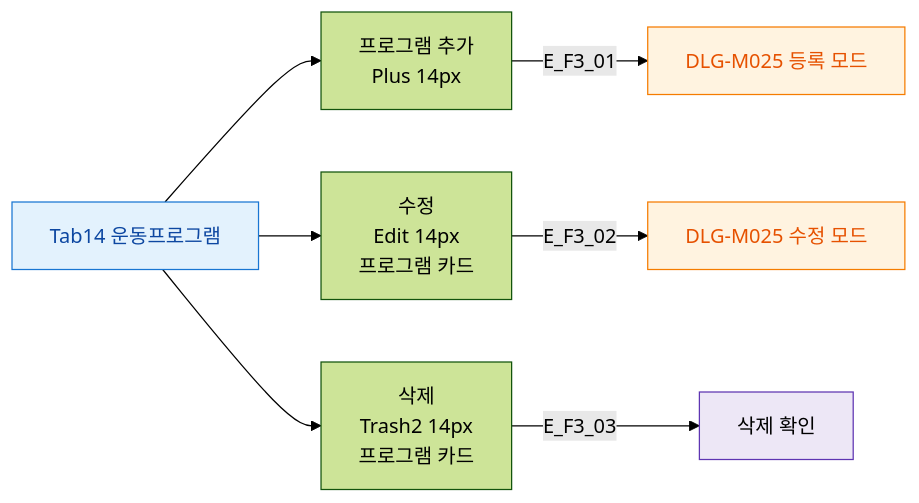
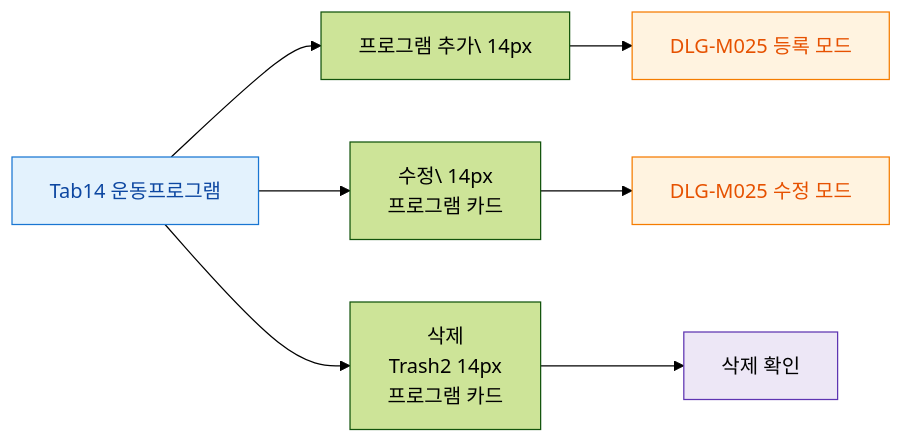
Before and after one commit to dev-spogym/admin-pando: the diagram in docs/다이어그램/D02_회원관리/SCR-M004_회원상세/Tab14_운동프로그램/F3_버튼액션.md, drawn with Mermaid (forest theme). The commit also changed other lines of this file and 1660 other files, not shown here.

First line of the commit message:
다이어그램: 기획자/클라이언트 납품본으로 정리

````diff
--- a/docs/다이어그램/D02_회원관리/SCR-M004_회원상세/Tab14_운동프로그램/F3_버튼액션.md
+++ b/docs/다이어그램/D02_회원관리/SCR-M004_회원상세/Tab14_운동프로그램/F3_버튼액션.md
@@ -22,17 +20,17 @@
 ```mermaid
 flowchart LR
-  TAB[Tab14 운동프로그램] --> B1[프로그램 추가\nPlus 14px]
-  TAB --> B2[수정\nEdit 14px\n프로그램 카드]
+  TAB[Tab14 운동프로그램] --> B1[프로그램 추가\ 14px]
+  TAB --> B2[수정\ 14px\n프로그램 카드]
   TAB --> B3[삭제\nTrash2 14px\n프로그램 카드]
 
-  B1 -->|E_F3_01| DLG_M025[DLG-M025 등록 모드]
-  B2 -->|E_F3_02| EDIT_DLG[DLG-M025 수정 모드]
-  B3 -->|E_F3_03| DEL_CONFIRM[삭제 확인]
+  B1 --> DLG_M025[DLG-M025 등록 모드]
+  B2 --> EDIT_DLG[DLG-M025 수정 모드]
+  B3 --> DEL_CONFIRM[삭제 확인]
 
   classDef screen fill:#E3F2FD,stroke:#1976D2,color:#0D47A1
   classDef modal fill:#FFF3E0,stroke:#F57C00,color:#E65100
   classDef system fill:#EDE7F6,stroke:#5E35B2
   class TAB screen
   class DLG_M025,EDIT_DLG modal
   class DEL_CONFIRM system
 ```
````
